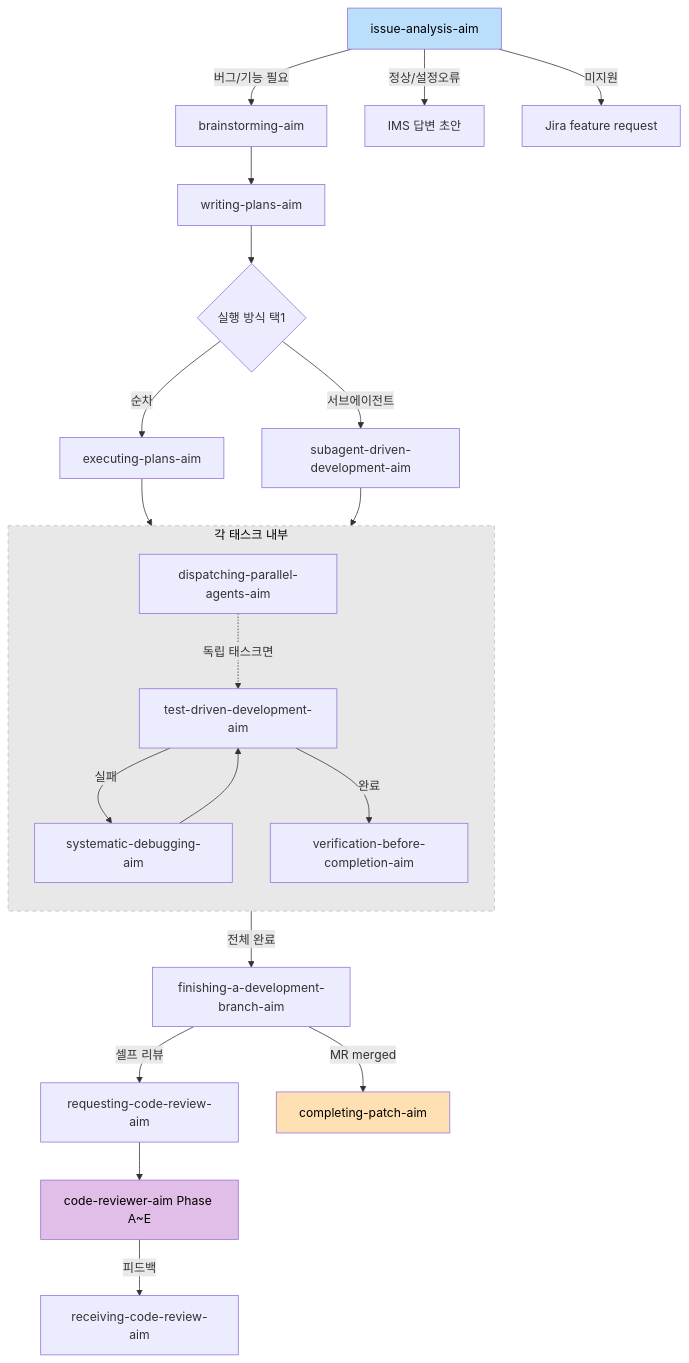
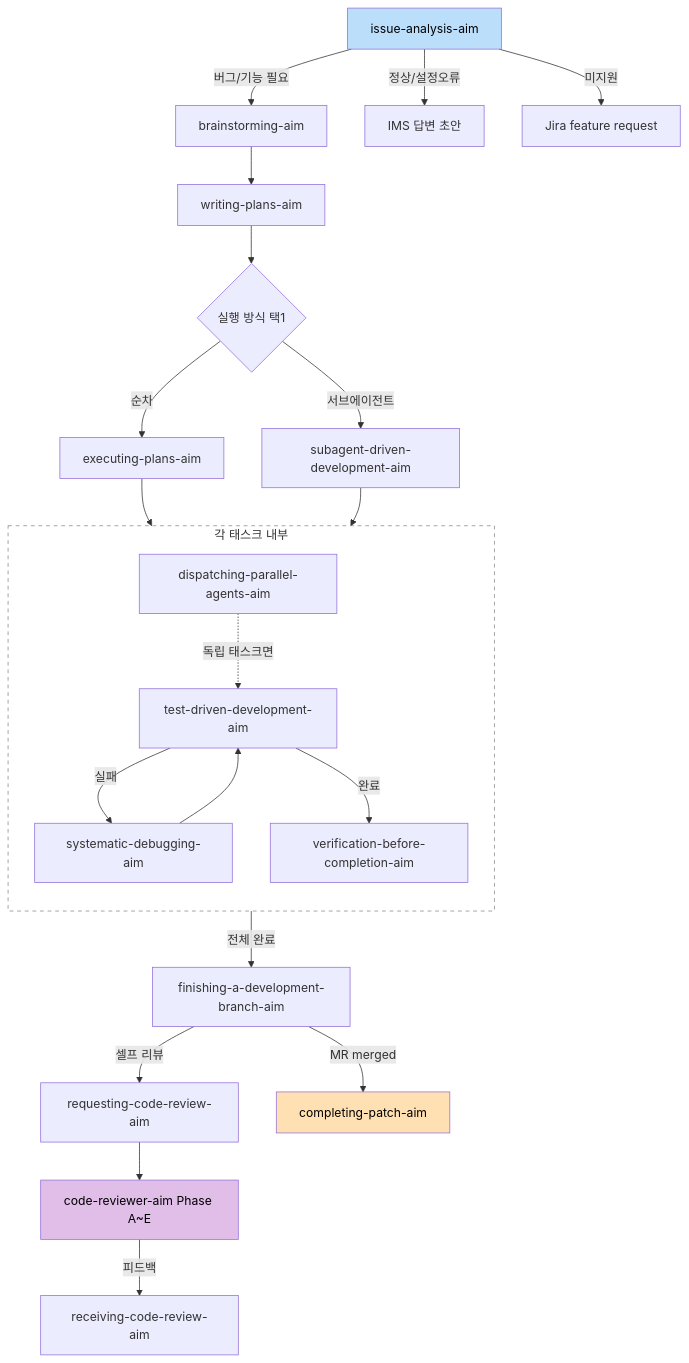
One commit to kmj5228/aim-harness changed the diagram in README.md. Above: the diagram before and after it, drawn with Mermaid.

Commit message:
style: transparent subgraph background

````diff
--- a/README.md
+++ b/README.md
@@ -77,33 +77,33 @@
 ```mermaid
 flowchart TD
     A[issue-analysis-aim] -->|"버그/기능 필요"| B[brainstorming-aim]
     B --> C[writing-plans-aim]
     C --> D{실행 방식 택1}
     D -->|순차| E[executing-plans-aim]
     D -->|서브에이전트| F[subagent-driven-development-aim]
 
     E --> TASKS
     F --> TASKS
 
     subgraph TASKS ["각 태스크 내부"]
         direction TB
         G[test-driven-development-aim] -->|실패| I[systematic-debugging-aim]
         I --> G
         G -->|완료| J[verification-before-completion-aim]
         H[dispatching-parallel-agents-aim] -.->|독립 태스크면| G
     end
 
     TASKS -->|전체 완료| K[finishing-a-development-branch-aim]
     K -->|셀프 리뷰| L[requesting-code-review-aim]
     L --> M[code-reviewer-aim Phase A~E]
     M -->|피드백| R[receiving-code-review-aim]
     K -->|MR merged| N[completing-patch-aim]
 
     A -->|"정상/설정오류"| O[IMS 답변 초안]
     A -->|"미지원"| P[Jira feature request]
 
     style A fill:#bbdefb,color:#000
     style N fill:#ffe0b2,color:#000
     style M fill:#e1bee7,color:#000
-    style TASKS fill:#e8e8e8,stroke:#bbb,stroke-dasharray: 5 5,color:#000
+    style TASKS fill:transparent,stroke:#888,stroke-dasharray: 5 5
 ```
````
